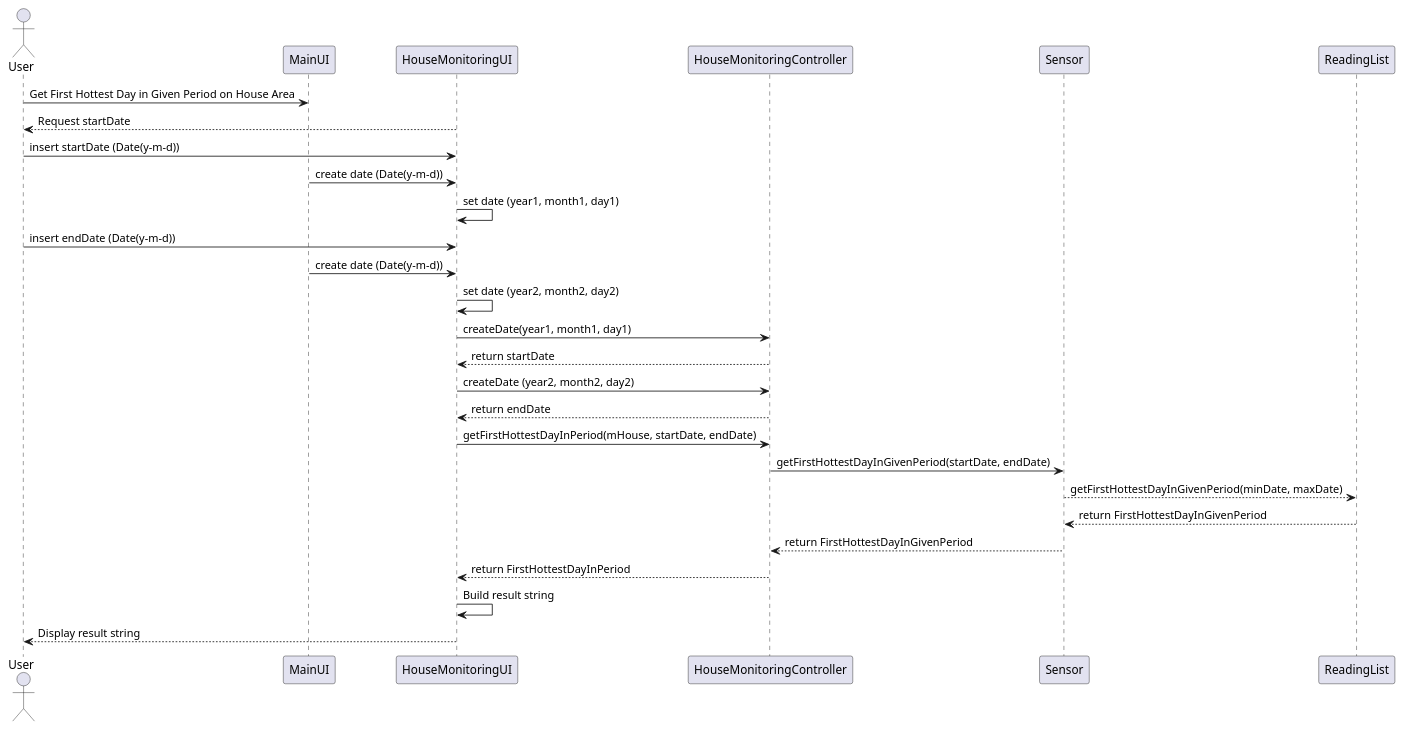
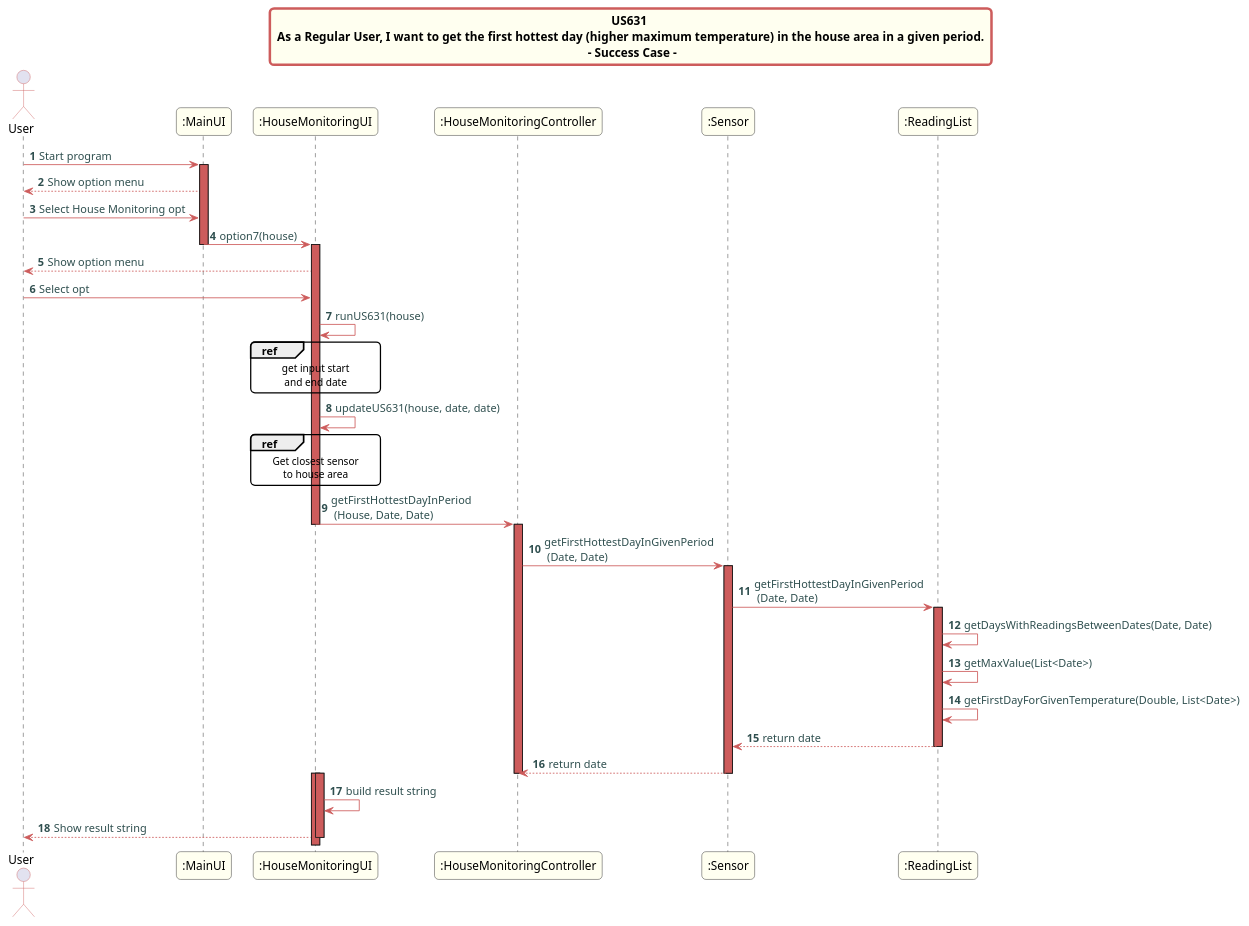
The diagram in src/doc/Controllers/HouseMonitoring/US631/US631_sd_HouseMonitoring.puml (Almadanmp/project), drawn with PlantUML before and after one commit.

Commit message:
REF #168: sd uml finished

```diff
--- a/src/doc/Controllers/HouseMonitoring/US631/US631_sd_HouseMonitoring.puml
+++ b/src/doc/Controllers/HouseMonitoring/US631/US631_sd_HouseMonitoring.puml
@@ -1,23 +1,85 @@
 @startuml
+skinparam titleBorderRoundCorner 10
+skinparam titleBorderThickness 3
+skinparam titleBorderColor indianred
+skinparam titleBackgroundColor ivory
+skinparam FontName quicksand
+
+skinparam actor {
+  BorderColor indianred
+  }
+
+skinparam sequence {
+  LifeLineBackgroundColor indianred
+  ParticipantBackgroundColor ivory
+}
+
+skinparam roundcorner 10
+
+skinparam component {
+  arrowThickness 1
+  ArrowFontName Verdana
+  ArrowColor indianred
+  ArrowFontColor darkslategrey
+}
+
+title US631 \n As a Regular User, I want to get the first hottest day (higher maximum temperature) in the house area in a given period. \n - Success Case -
+
+autonumber
+
 actor User
-User -> MainUI: Get First Hottest Day in Given Period on House Area
-HouseMonitoringUI --> User: Request startDate
-User -> HouseMonitoringUI: insert startDate (Date(y-m-d))
-MainUI -> HouseMonitoringUI: create date (Date(y-m-d))
-HouseMonitoringUI -> HouseMonitoringUI: set date (year1, month1, day1)
-User -> HouseMonitoringUI: insert endDate (Date(y-m-d))
-MainUI -> HouseMonitoringUI: create date (Date(y-m-d))
-HouseMonitoringUI -> HouseMonitoringUI: set date (year2, month2, day2)
-HouseMonitoringUI -> HouseMonitoringController: createDate(year1, month1, day1)
-HouseMonitoringController --> HouseMonitoringUI: return startDate
-HouseMonitoringUI -> HouseMonitoringController: createDate (year2, month2, day2)
-HouseMonitoringController --> HouseMonitoringUI: return endDate
-HouseMonitoringUI -> HouseMonitoringController: getFirstHottestDayInPeriod(mHouse, startDate, endDate)
-HouseMonitoringController -> Sensor: getFirstHottestDayInGivenPeriod(startDate, endDate)
-Sensor --> ReadingList: getFirstHottestDayInGivenPeriod(minDate, maxDate)
-ReadingList --> Sensor: return FirstHottestDayInGivenPeriod
-Sensor --> HouseMonitoringController: return FirstHottestDayInGivenPeriod
-HouseMonitoringController --> HouseMonitoringUI: return FirstHottestDayInPeriod
-HouseMonitoringUI -> HouseMonitoringUI: Build result string
-HouseMonitoringUI --> User: Display result string
+
+User -> ":MainUI": Start program
+activate ":MainUI"
+
+":MainUI" --> User: Show option menu
+User -> ":MainUI": Select House Monitoring opt
+":MainUI" -> ":HouseMonitoringUI": option7(house)
+deactivate ":MainUI"
+activate ":HouseMonitoringUI"
+":HouseMonitoringUI" --> User: Show option menu
+User -> ":HouseMonitoringUI": Select opt
+":HouseMonitoringUI" -> ":HouseMonitoringUI": runUS631(house)
+
+ref over ":HouseMonitoringUI"
+get input start
+and end date
+end ref
+
+":HouseMonitoringUI" -> ":HouseMonitoringUI": updateUS631(house, date, date)
+ref over ":HouseMonitoringUI"
+Get closest sensor
+to house area
+end ref
+
+":HouseMonitoringUI" -> ":HouseMonitoringController": getFirstHottestDayInPeriod\n (House, Date, Date)
+deactivate ":HouseMonitoringUI"
+activate ":HouseMonitoringController"
+":HouseMonitoringController" -> ":Sensor": getFirstHottestDayInGivenPeriod\n (Date, Date)
+
+activate ":Sensor"
+
+":Sensor" -> ":ReadingList": getFirstHottestDayInGivenPeriod\n (Date, Date)
+activate ":ReadingList"
+
+":ReadingList"->":ReadingList": getDaysWithReadingsBetweenDates(Date, Date)
+":ReadingList"->":ReadingList": getMaxValue(List<Date>)
+":ReadingList"->":ReadingList": getFirstDayForGivenTemperature(Double, List<Date>)
+":ReadingList" --> ":Sensor": return date
+deactivate ":ReadingList"
+":Sensor" --> ":HouseMonitoringController": return date
+deactivate ":Sensor"
+deactivate ":HouseMonitoringController"
+activate ":HouseMonitoringUI"
+
+deactivate ":HouseMonitoringController"
+activate ":HouseMonitoringUI"
+
+":HouseMonitoringUI" -> ":HouseMonitoringUI": build result string
+
+":HouseMonitoringUI" --> User: Show result string
+deactivate ":HouseMonitoringUI"
+
+deactivate ":MainUI"
+
 @enduml
```
